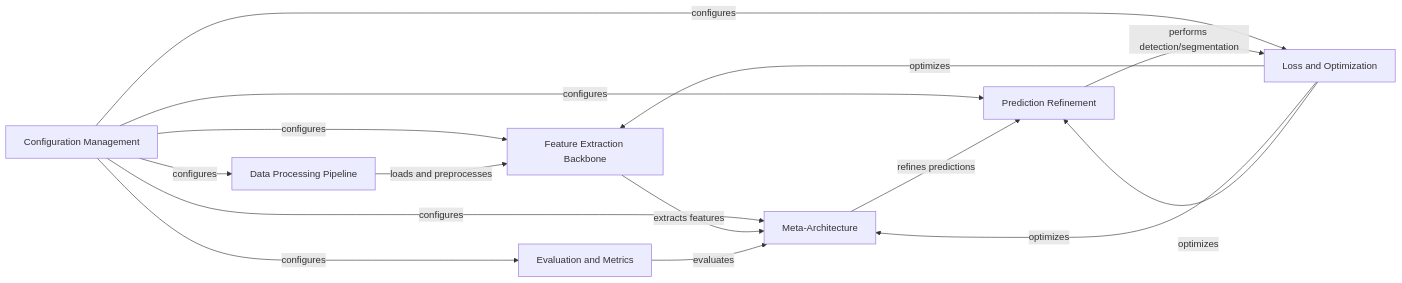
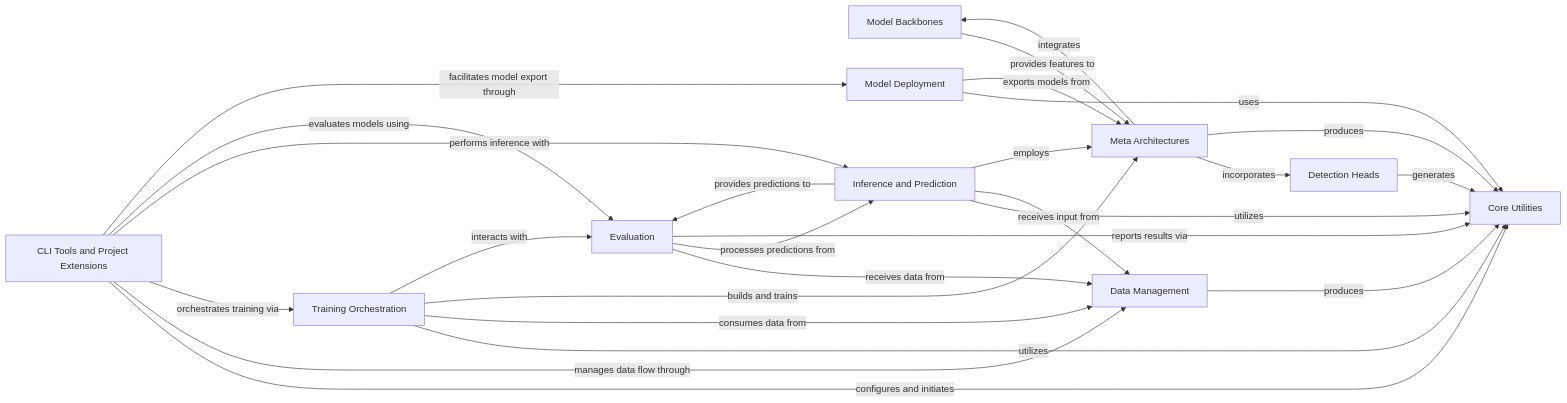
The diagram in detectron2/on_boarding.md (CodeBoarding/GeneratedOnBoardings), drawn with Mermaid before and after one commit. The commit also changed other lines of this file and 17 other files, not shown here.

````diff
--- a/detectron2/on_boarding.md
+++ b/detectron2/on_boarding.md
@@ -1,31 +1,48 @@
 ```mermaid
 graph LR
-    Configuration_Management["Configuration Management"]
-    Data_Processing_Pipeline["Data Processing Pipeline"]
-    Feature_Extraction_Backbone["Feature Extraction Backbone"]
-    Meta_Architecture["Meta-Architecture"]
-    Prediction_Refinement["Prediction Refinement"]
-    Loss_and_Optimization["Loss and Optimization"]
-    Evaluation_and_Metrics["Evaluation and Metrics"]
-    Configuration_Management -- "configures" --> Data_Processing_Pipeline
-    Configuration_Management -- "configures" --> Feature_Extraction_Backbone
-    Configuration_Management -- "configures" --> Meta_Architecture
-    Configuration_Management -- "configures" --> Prediction_Refinement
-    Configuration_Management -- "configures" --> Loss_and_Optimization
-    Configuration_Management -- "configures" --> Evaluation_and_Metrics
-    Data_Processing_Pipeline -- "loads and preprocesses" --> Feature_Extraction_Backbone
-    Feature_Extraction_Backbone -- "extracts features" --> Meta_Architecture
-    Meta_Architecture -- "refines predictions" --> Prediction_Refinement
-    Prediction_Refinement -- "performs detection/segmentation" --> Loss_and_Optimization
-    Loss_and_Optimization -- "optimizes" --> Feature_Extraction_Backbone
-    Loss_and_Optimization -- "optimizes" --> Meta_Architecture
-    Loss_and_Optimization -- "optimizes" --> Prediction_Refinement
-    Evaluation_and_Metrics -- "evaluates" --> Meta_Architecture
-    click Configuration_Management href "https://github.com/CodeBoarding/GeneratedOnBoardings/blob/main/detectron2/Configuration Management.md" "Details"
-    click Data_Processing_Pipeline href "https://github.com/CodeBoarding/GeneratedOnBoardings/blob/main/detectron2/Data Processing Pipeline.md" "Details"
-    click Feature_Extraction_Backbone href "https://github.com/CodeBoarding/GeneratedOnBoardings/blob/main/detectron2/Feature Extraction Backbone.md" "Details"
-    click Meta_Architecture href "https://github.com/CodeBoarding/GeneratedOnBoardings/blob/main/detectron2/Meta-Architecture.md" "Details"
-    click Prediction_Refinement href "https://github.com/CodeBoarding/GeneratedOnBoardings/blob/main/detectron2/Prediction Refinement.md" "Details"
-    click Loss_and_Optimization href "https://github.com/CodeBoarding/GeneratedOnBoardings/blob/main/detectron2/Loss and Optimization.md" "Details"
-    click Evaluation_and_Metrics href "https://github.com/CodeBoarding/GeneratedOnBoardings/blob/main/detectron2/Evaluation and Metrics.md" "Details"
+    Core_Utilities["Core Utilities"]
+    Data_Management["Data Management"]
+    Model_Backbones["Model Backbones"]
+    Detection_Heads["Detection Heads"]
+    Meta_Architectures["Meta Architectures"]
+    Training_Orchestration["Training Orchestration"]
+    Inference_and_Prediction["Inference and Prediction"]
+    Evaluation["Evaluation"]
+    Model_Deployment["Model Deployment"]
+    CLI_Tools_and_Project_Extensions["CLI Tools and Project Extensions"]
+    CLI_Tools_and_Project_Extensions -- "configures and initiates" --> Core_Utilities
+    CLI_Tools_and_Project_Extensions -- "manages data flow through" --> Data_Management
+    CLI_Tools_and_Project_Extensions -- "orchestrates training via" --> Training_Orchestration
+    CLI_Tools_and_Project_Extensions -- "performs inference with" --> Inference_and_Prediction
+    CLI_Tools_and_Project_Extensions -- "evaluates models using" --> Evaluation
+    CLI_Tools_and_Project_Extensions -- "facilitates model export through" --> Model_Deployment
+    Training_Orchestration -- "utilizes" --> Core_Utilities
+    Training_Orchestration -- "consumes data from" --> Data_Management
+    Training_Orchestration -- "builds and trains" --> Meta_Architectures
+    Training_Orchestration -- "interacts with" --> Evaluation
+    Inference_and_Prediction -- "utilizes" --> Core_Utilities
+    Inference_and_Prediction -- "receives input from" --> Data_Management
+    Inference_and_Prediction -- "employs" --> Meta_Architectures
+    Inference_and_Prediction -- "provides predictions to" --> Evaluation
+    Evaluation -- "receives data from" --> Data_Management
+    Evaluation -- "processes predictions from" --> Inference_and_Prediction
+    Evaluation -- "reports results via" --> Core_Utilities
+    Model_Deployment -- "uses" --> Core_Utilities
+    Model_Deployment -- "exports models from" --> Meta_Architectures
+    Meta_Architectures -- "integrates" --> Model_Backbones
+    Meta_Architectures -- "incorporates" --> Detection_Heads
+    Meta_Architectures -- "produces" --> Core_Utilities
+    Model_Backbones -- "provides features to" --> Meta_Architectures
+    Detection_Heads -- "generates" --> Core_Utilities
+    Data_Management -- "produces" --> Core_Utilities
+    click Core_Utilities href "https://github.com/CodeBoarding/GeneratedOnBoardings/blob/main/detectron2/Core Utilities.md" "Details"
+    click Data_Management href "https://github.com/CodeBoarding/GeneratedOnBoardings/blob/main/detectron2/Data Management.md" "Details"
+    click Model_Backbones href "https://github.com/CodeBoarding/GeneratedOnBoardings/blob/main/detectron2/Model Backbones.md" "Details"
+    click Detection_Heads href "https://github.com/CodeBoarding/GeneratedOnBoardings/blob/main/detectron2/Detection Heads.md" "Details"
+    click Meta_Architectures href "https://github.com/CodeBoarding/GeneratedOnBoardings/blob/main/detectron2/Meta Architectures.md" "Details"
+    click Training_Orchestration href "https://github.com/CodeBoarding/GeneratedOnBoardings/blob/main/detectron2/Training Orchestration.md" "Details"
+    click Inference_and_Prediction href "https://github.com/CodeBoarding/GeneratedOnBoardings/blob/main/detectron2/Inference and Prediction.md" "Details"
+    click Evaluation href "https://github.com/CodeBoarding/GeneratedOnBoardings/blob/main/detectron2/Evaluation.md" "Details"
+    click Model_Deployment href "https://github.com/CodeBoarding/GeneratedOnBoardings/blob/main/detectron2/Model Deployment.md" "Details"
+    click CLI_Tools_and_Project_Extensions href "https://github.com/CodeBoarding/GeneratedOnBoardings/blob/main/detectron2/CLI Tools and Project Extensions.md" "Details"
 ```
````
